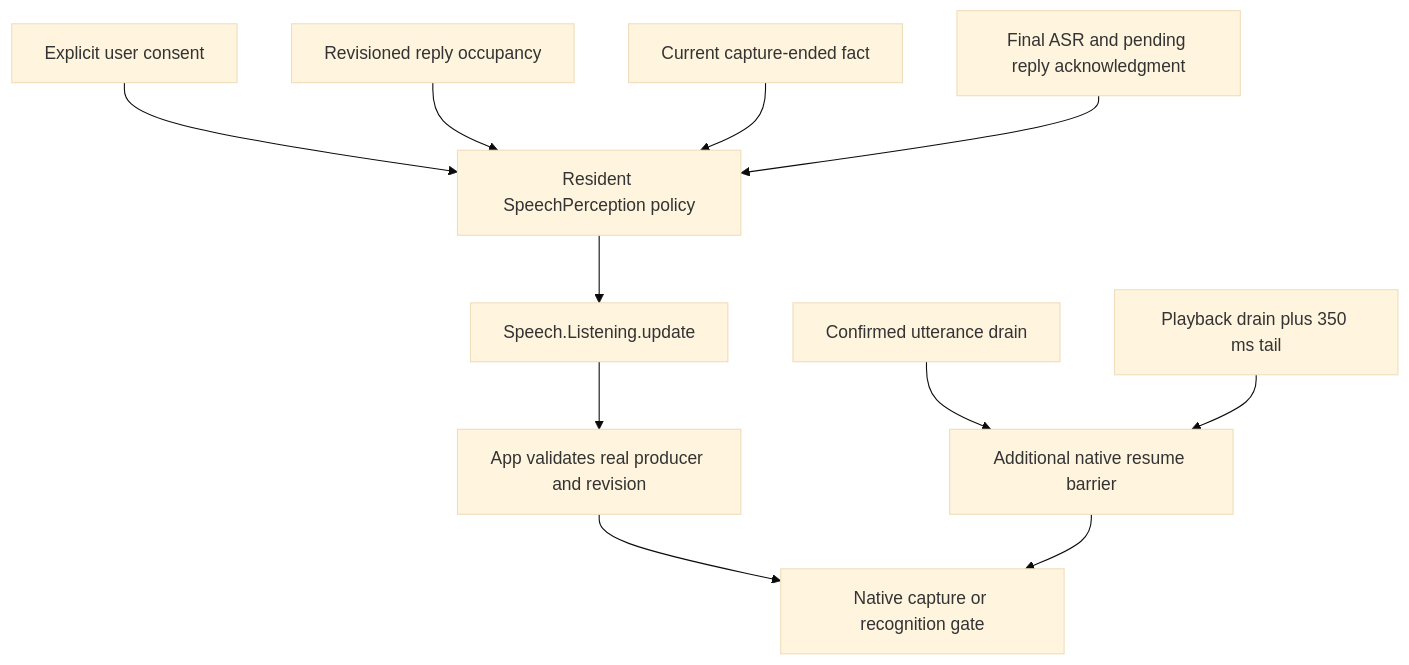
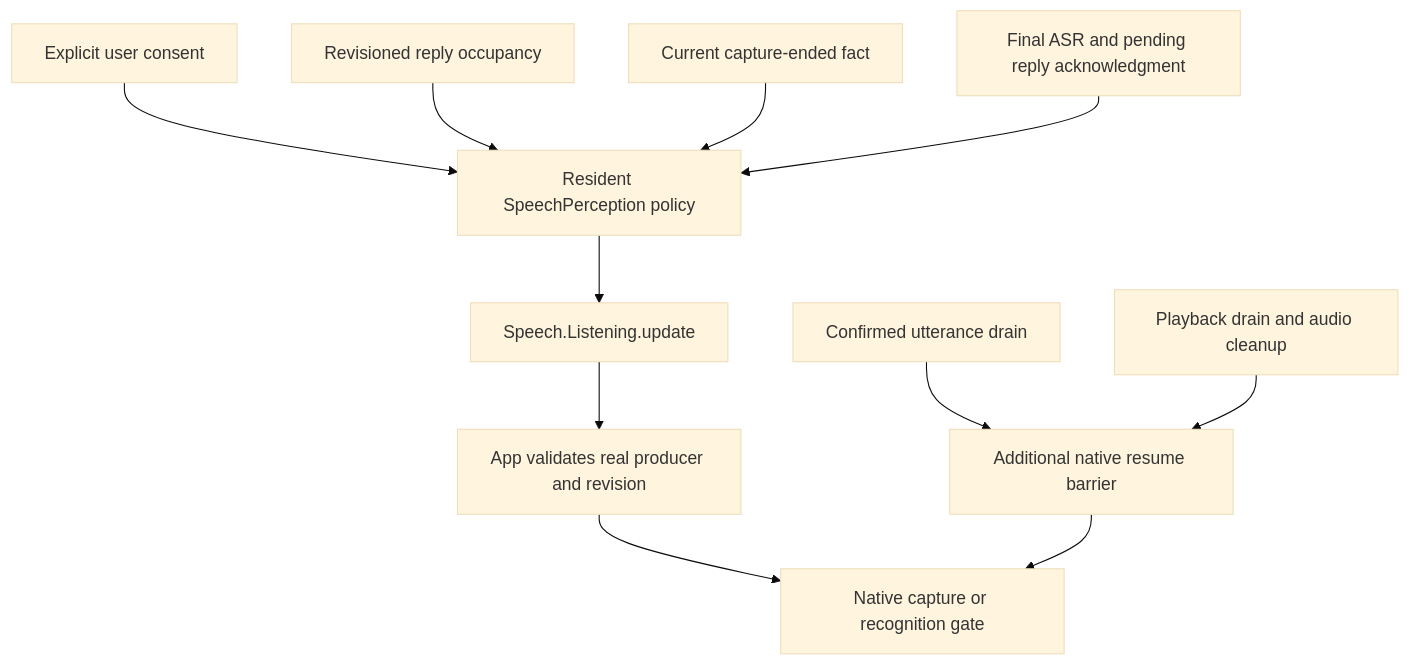
Diagram 17 of 35 in MobileHarness/README.md (devilyouwei/MobileHarness), drawn with Mermaid (base theme) before and after one commit. The commit also changed other lines of this file and 456 other files, not shown here.

````diff
--- a/MobileHarness/README.md
+++ b/MobileHarness/README.md
@@ -997,13 +1083,13 @@
 ```mermaid
 flowchart TD
  Consent[Explicit user consent] --> Policy[Resident SpeechPerception policy]
  Reply[Revisioned reply occupancy] --> Policy
  Native[Current capture-ended fact] --> Policy
  Final[Final ASR and pending reply acknowledgment] --> Policy
  Policy --> Action[Speech.Listening.update]
  Action --> Host[App validates real producer and revision]
  Host --> Capture[Native capture or recognition gate]
  Utterance[Confirmed utterance drain] --> Resume[Additional native resume barrier]
- Playback[Playback drain plus 350 ms tail] --> Resume
+ Playback[Playback drain and audio cleanup] --> Resume
  Resume --> Capture
 ```
````
